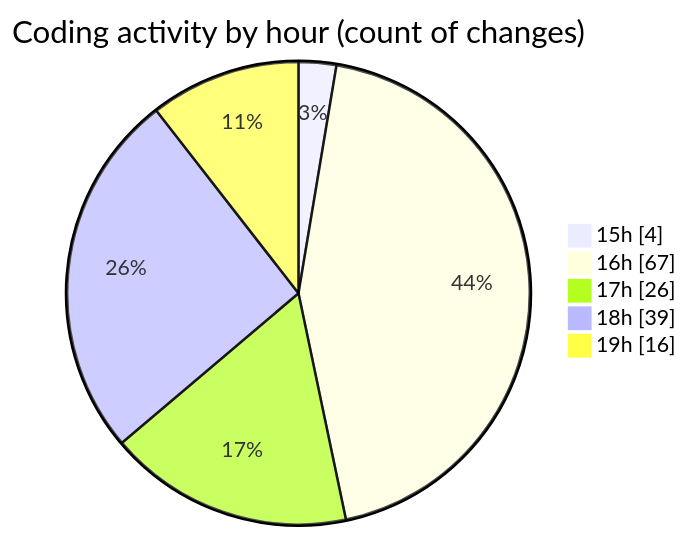
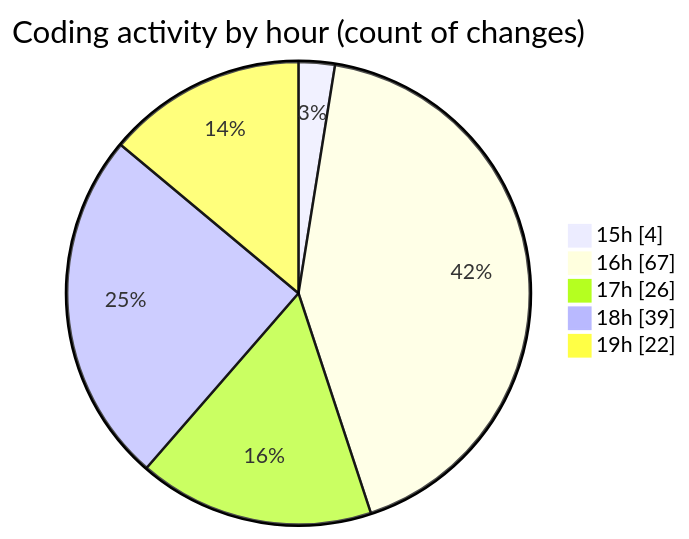
Before and after one commit to Ritupan-Deka/code-tracking: the second of 2 diagrams in 2025-05-26/zip_file/README.md, drawn with Mermaid. The commit also changed other lines of this file and 1 other file, not shown here.

````diff
--- a/2025-05-26/zip_file/README.md
+++ b/2025-05-26/zip_file/README.md
@@ -44,9 +44,9 @@
 ```mermaid
 pie showData
 title Coding activity by hour (count of changes)
 "15h" : 4
 "16h" : 67
 "17h" : 26
 "18h" : 39
-"19h" : 16
+"19h" : 22
 ```
````
